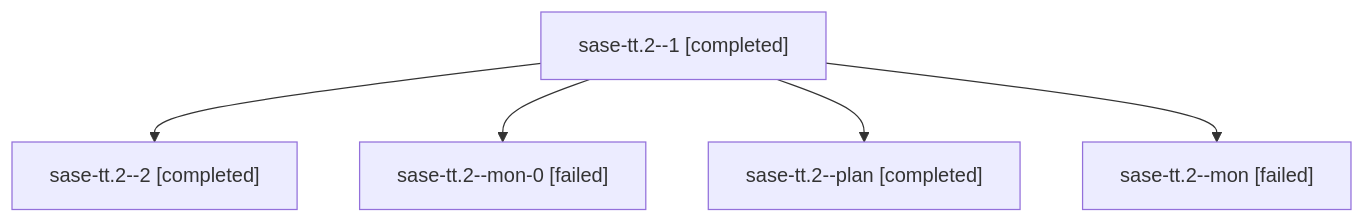
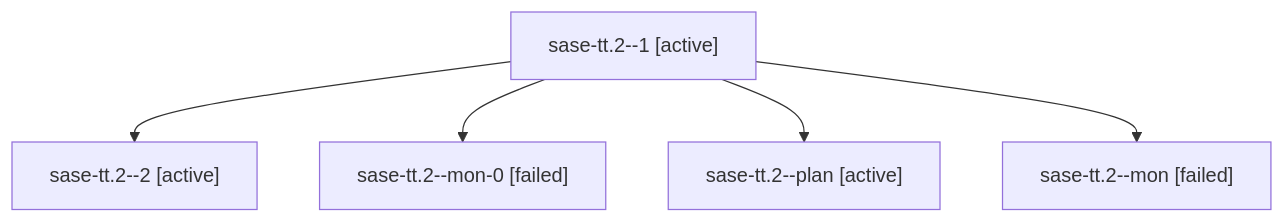
The diagram in families/bbugyi200.athena.sase-tt.2.md (sase-org/sase--agents), drawn with Mermaid before and after one commit. The commit also changed other lines of this file and 35830 other files, not shown here.

````diff
--- a/families/bbugyi200.athena.sase-tt.2.md
+++ b/families/bbugyi200.athena.sase-tt.2.md
@@ -9,12 +9,12 @@
 ```mermaid
 flowchart TD
-  n0["sase-tt.2--1 [completed]"]
-  n1["sase-tt.2--2 [completed]"]
+  n0["sase-tt.2--1 [active]"]
+  n1["sase-tt.2--2 [active]"]
   n0 --> n1
   n2["sase-tt.2--mon-0 [failed]"]
   n0 --> n2
-  n3["sase-tt.2--plan [completed]"]
+  n3["sase-tt.2--plan [active]"]
   n0 --> n3
   n4["sase-tt.2--mon [failed]"]
   n0 --> n4
 ```
````
